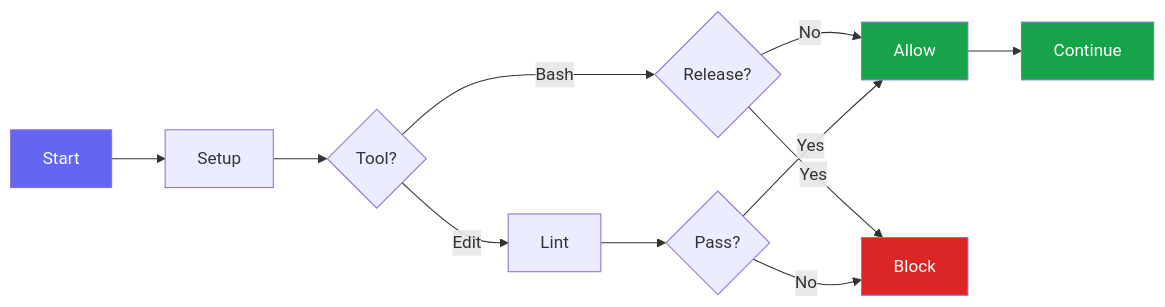
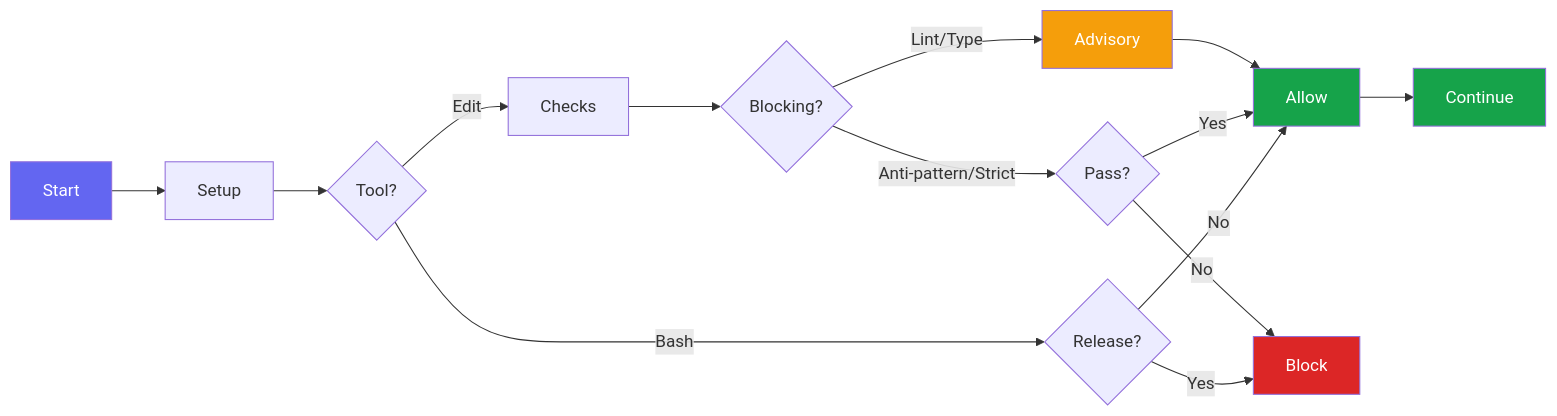
Before and after one commit to blueraai/bluera-base: the diagram in docs/hooks.md, drawn with Mermaid. The commit also changed other lines of this file and 3 other files, not shown here.

````diff
--- a/docs/hooks.md
+++ b/docs/hooks.md
@@ -23,18 +23,22 @@
 ```mermaid
 flowchart LR
     A[Start] --> B[Setup]
     B --> C{Tool?}
     C -->|Bash| D{Release?}
-    C -->|Edit| E[Lint]
+    C -->|Edit| E[Checks]
     D -->|No| F[Allow]
     D -->|Yes| G[Block]
-    E --> H{Pass?}
-    H -->|No| G
-    H -->|Yes| F
-    F --> I[Continue]
+    E --> H{Blocking?}
+    H -->|Anti-pattern/Strict| I{Pass?}
+    H -->|Lint/Type| J[Advisory]
+    I -->|No| G
+    I -->|Yes| F
+    J --> F
+    F --> K[Continue]
 
     style A fill:#6366f1,color:#fff
     style G fill:#dc2626,color:#fff
     style F fill:#16a34a,color:#fff
-    style I fill:#16a34a,color:#fff
+    style K fill:#16a34a,color:#fff
+    style J fill:#f59e0b,color:#fff
 ```
````
